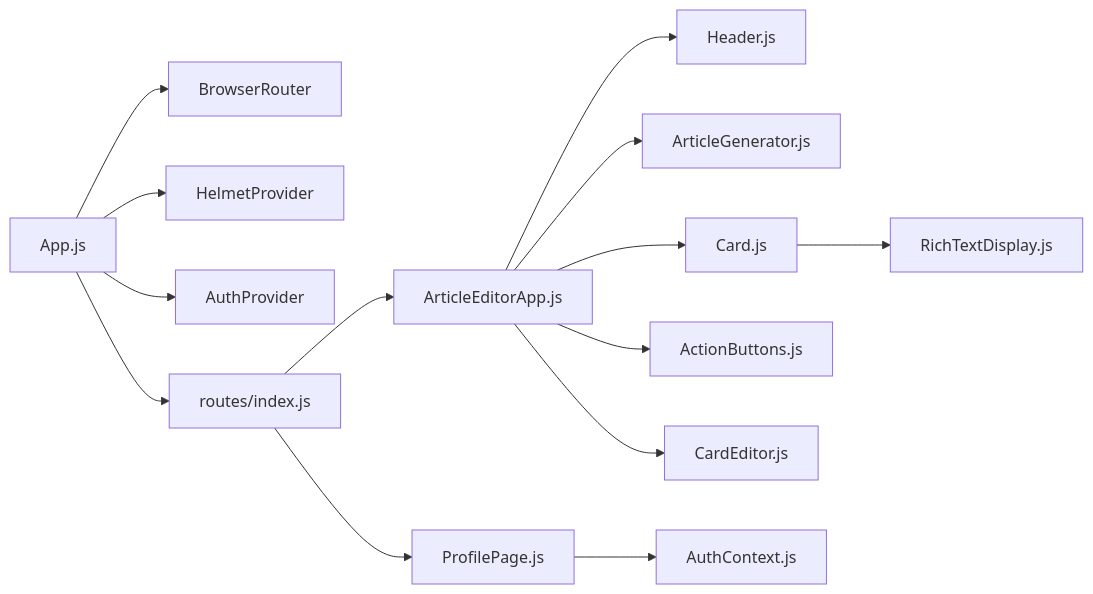
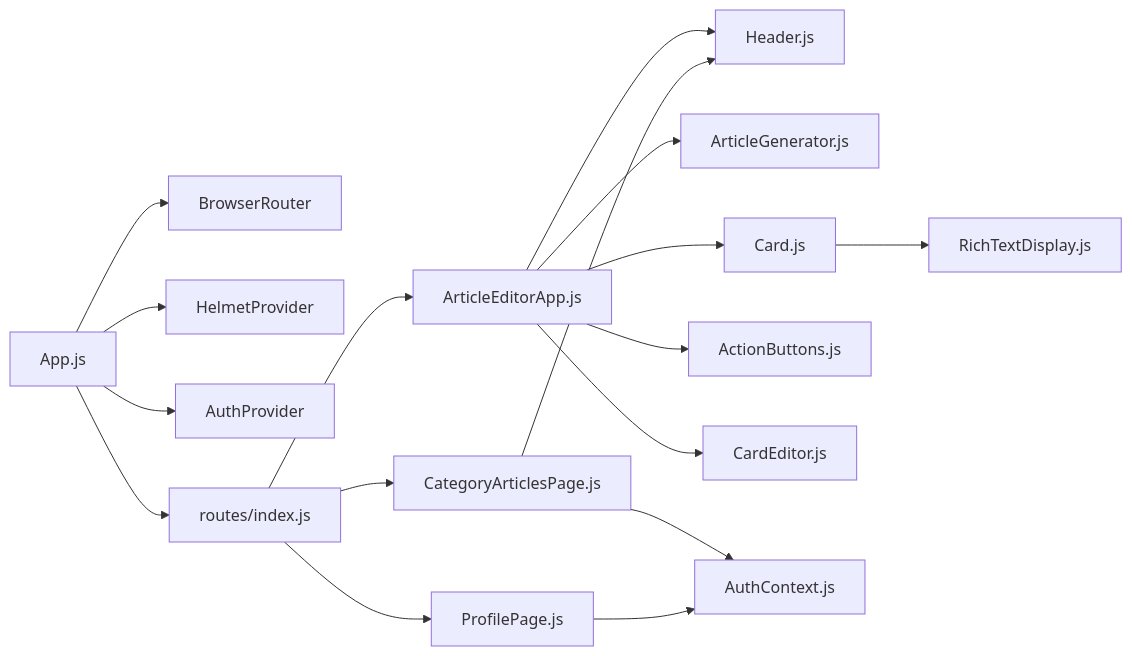
Before and after one commit to xd-art/Briefer-v02: diagram 13 of 13 in .qoder/repowiki/en/content/Frontend Architecture/Component Tree.md, drawn with Mermaid. The commit also changed other lines of this file and 65 other files, not shown here.

````diff
--- a/.qoder/repowiki/en/content/Frontend Architecture/Component Tree.md
+++ b/.qoder/repowiki/en/content/Frontend Architecture/Component Tree.md
@@ -428,16 +490,19 @@
 ```mermaid
 graph LR
 App["App.js"] --> Router["BrowserRouter"]
 App --> Helmet["HelmetProvider"]
 App --> Auth["AuthProvider"]
 App --> Routes["routes/index.js"]
 Routes --> Editor["ArticleEditorApp.js"]
 Routes --> Profile["ProfilePage.js"]
+Routes --> Categories["CategoryArticlesPage.js"]
 Editor --> Header["Header.js"]
 Editor --> Gen["ArticleGenerator.js"]
 Editor --> Cards["Card.js"]
 Editor --> Actions["ActionButtons.js"]
 Editor --> Modal["CardEditor.js"]
+Categories --> Header["Header.js"]
+Categories --> AuthCtx["AuthContext.js"]
 Cards --> Rich["RichTextDisplay.js"]
 Profile --> AuthCtx["AuthContext.js"]
 ```
````
